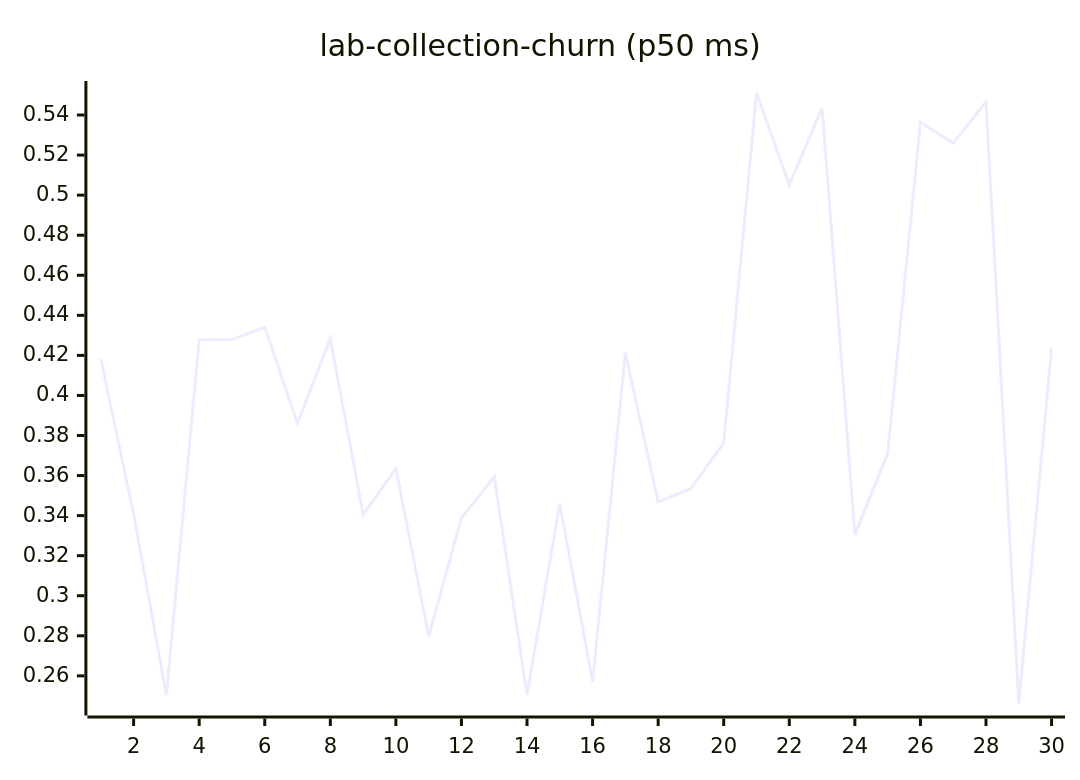
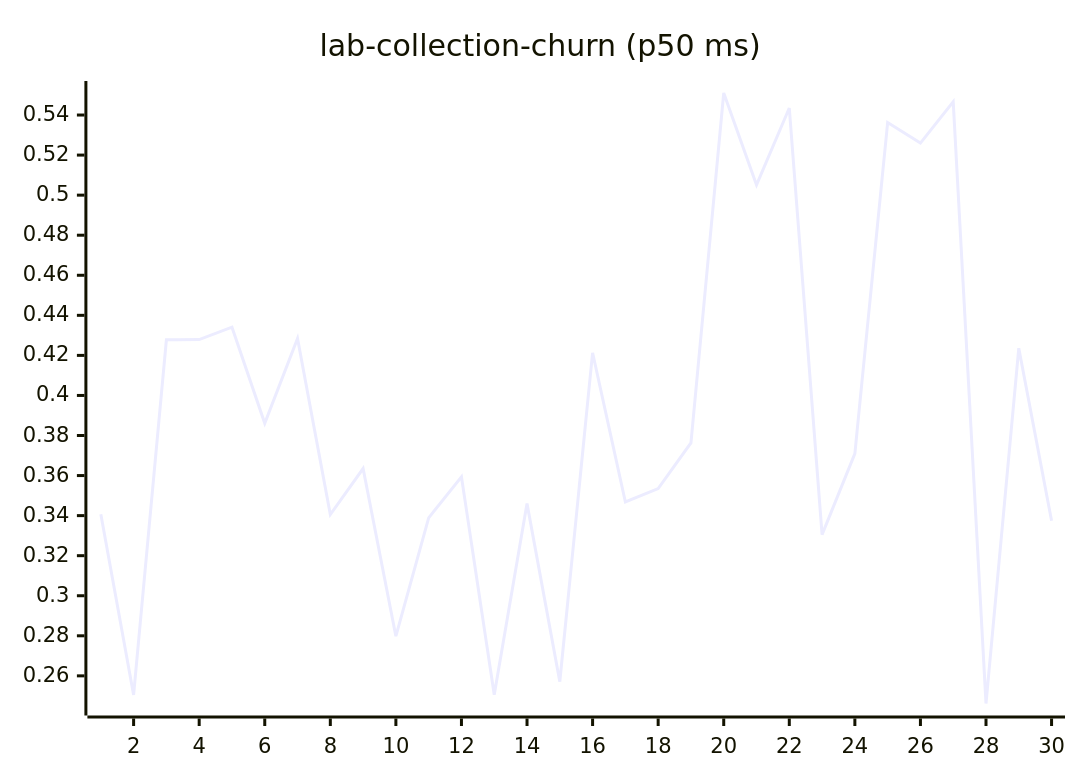
One commit to josha/Facet changed diagram 11 of 27 in README.md. Above: the diagram before and after it, drawn with Mermaid. The commit also changed other lines of this file and 2 other files, not shown here.

````diff
--- a/README.md
+++ b/README.md
@@ -133,6 +133,6 @@
 ```mermaid
 xychart-beta
     title "lab-collection-churn (p50 ms)"
     x-axis 1 --> 30
-    line [0.4183, 0.3407, 0.2505, 0.4278, 0.4279, 0.4341, 0.3861, 0.4284, 0.3405, 0.3635, 0.2798, 0.3389, 0.3594, 0.2506, 0.3460, 0.2571, 0.4213, 0.3468, 0.3535, 0.3763, 0.5510, 0.5051, 0.5435, 0.3305, 0.3710, 0.5363, 0.5260, 0.5466, 0.2462, 0.4236]
+    line [0.3407, 0.2505, 0.4278, 0.4279, 0.4341, 0.3861, 0.4284, 0.3405, 0.3635, 0.2798, 0.3389, 0.3594, 0.2506, 0.3460, 0.2571, 0.4213, 0.3468, 0.3535, 0.3763, 0.5510, 0.5051, 0.5435, 0.3305, 0.3710, 0.5363, 0.5260, 0.5466, 0.2462, 0.4236, 0.3374]
 ```
````
